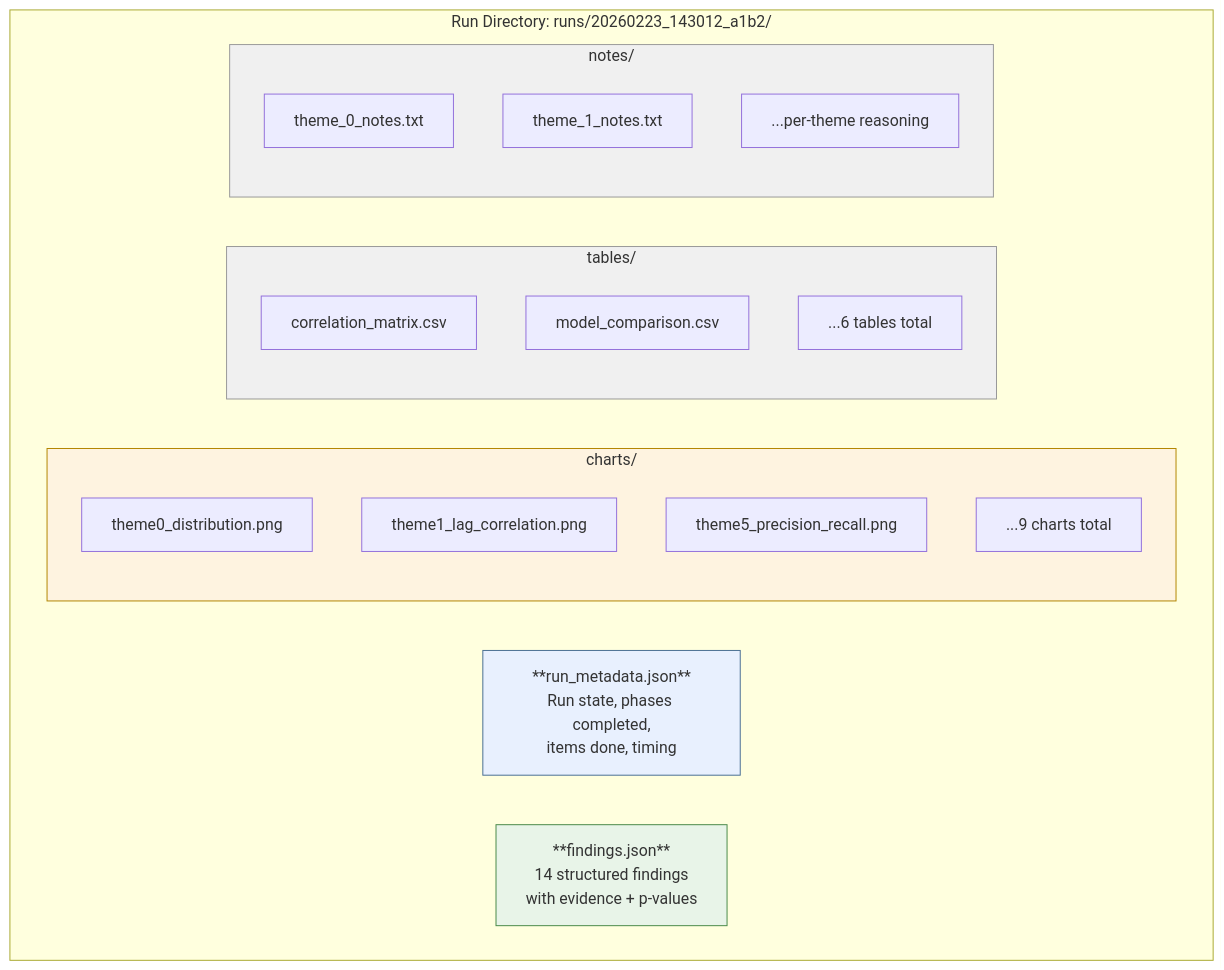
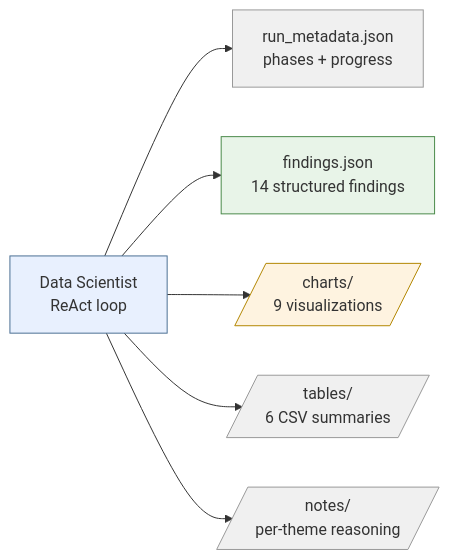
One commit to jweinberg-a2a/versifai-data-agents changed the fourth of 9 diagrams in docs/run-management.md. Above: the diagram before and after it, drawn with Mermaid. The commit also changed other lines of this file and 4 other files, not shown here.

Commit message:
diagrams fixed

````diff
--- a/docs/run-management.md
+++ b/docs/run-management.md
@@ -187,32 +172,15 @@
 ```mermaid
-flowchart TD
-    subgraph run["Run Directory: runs/20260223_143012_a1b2/"]
-        META["**run_metadata.json**<br>Run state, phases completed,<br>items done, timing"]
-        FIND["**findings.json**<br>14 structured findings<br>with evidence + p-values"]
+flowchart LR
+    SCI["Data Scientist<br>ReAct loop"] --> META["run_metadata.json<br>phases + progress"]
+    SCI --> FIND["findings.json<br>14 structured findings"]
+    SCI --> CHARTS[/"charts/<br>9 visualizations"/]
+    SCI --> TABLES[/"tables/<br>6 CSV summaries"/]
+    SCI --> NOTES[/"notes/<br>per-theme reasoning"/]
 
-        subgraph charts["charts/"]
-            C1["theme0_distribution.png"]
-            C2["theme1_lag_correlation.png"]
-            C3["theme5_precision_recall.png"]
-            C4["...9 charts total"]
-        end
-
-        subgraph tables["tables/"]
-            TB1["correlation_matrix.csv"]
-            TB2["model_comparison.csv"]
-            TB3["...6 tables total"]
-        end
-
-        subgraph notes["notes/"]
-            N1["theme_0_notes.txt"]
-            N2["theme_1_notes.txt"]
-            N3["...per-theme reasoning"]
-        end
-    end
-
-    style META fill:#e8f0fe,stroke:#4a6f93
+    style SCI fill:#e8f0fe,stroke:#4a6f93
     style FIND fill:#e8f4e8,stroke:#4a8a4a
-    style charts fill:#fef3e0,stroke:#b38600
-    style tables fill:#f0f0f0,stroke:#999
-    style notes fill:#f0f0f0,stroke:#999
+    style META fill:#f0f0f0,stroke:#999
+    style CHARTS fill:#fef3e0,stroke:#b38600
+    style TABLES fill:#f0f0f0,stroke:#999
+    style NOTES fill:#f0f0f0,stroke:#999
 ```
````
